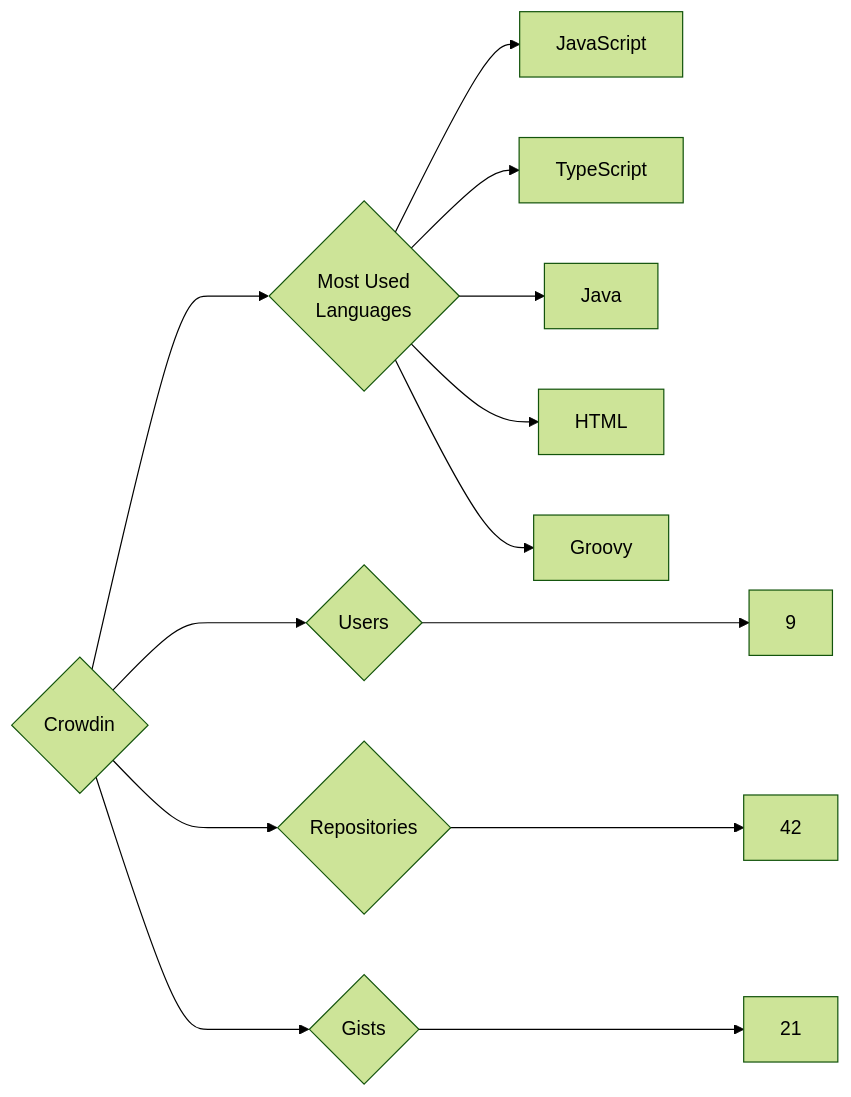
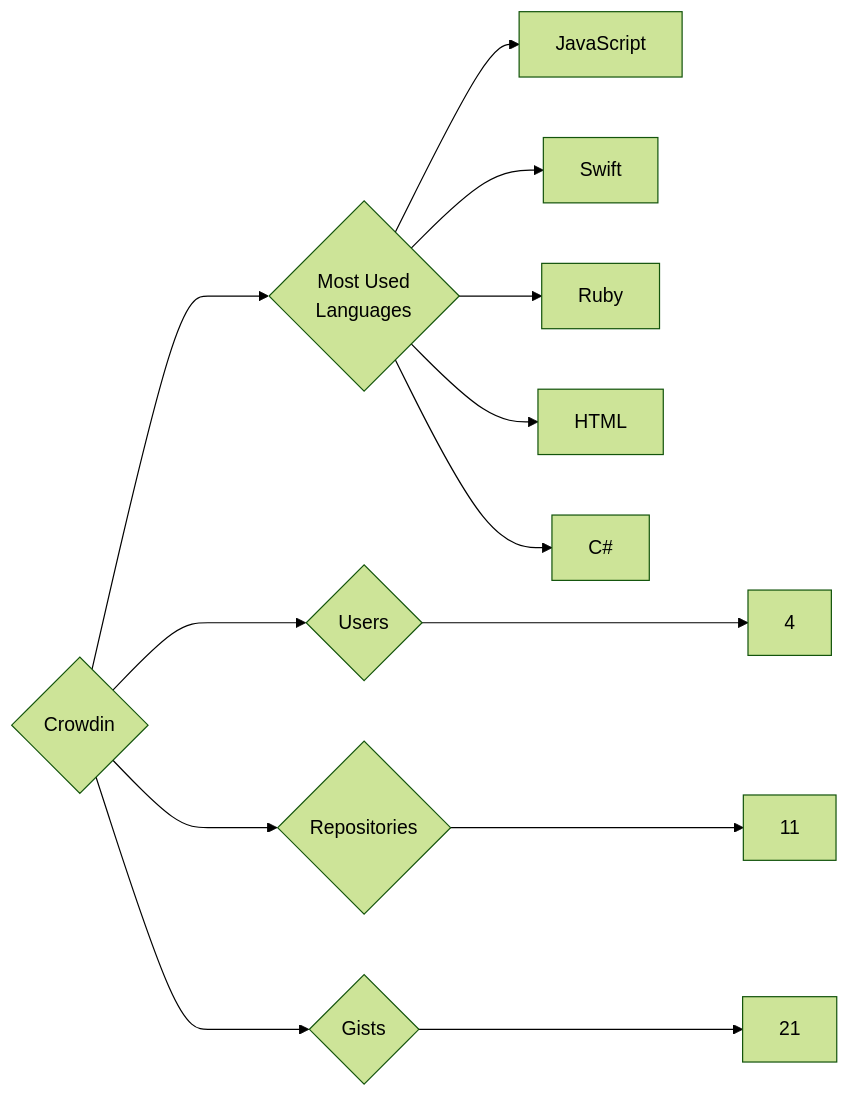
One commit to trickest/insiders changed the diagram in targets/Crowdin/README.md. Above: the diagram before and after it, drawn with Mermaid (forest theme). The commit also changed 1120 other files, not shown here.

````diff
--- a/targets/Crowdin/README.md
+++ b/targets/Crowdin/README.md
@@ -3,13 +3,13 @@
 ```mermaid
 graph LR
 COMPANY_NAME{Crowdin}
-COMPANY_NAME ---> U{Users} ---> UN[9]
-COMPANY_NAME ---> R{Repositories} ---> RN[42]
+COMPANY_NAME ---> U{Users} ---> UN[4]
+COMPANY_NAME ---> R{Repositories} ---> RN[11]
 COMPANY_NAME ---> G{Gists} ---> GN[21]
 COMPANY_NAME ---> ML{Most Used<br>Languages}
 ML --> JavaScript[JavaScript]
-ML --> TypeScript[TypeScript]
-ML --> Java[Java]
+ML --> Swift[Swift]
+ML --> Ruby[Ruby]
 ML --> HTML[HTML]
-ML --> Groovy[Groovy]
+ML --> C#[C#]
 ```
````
